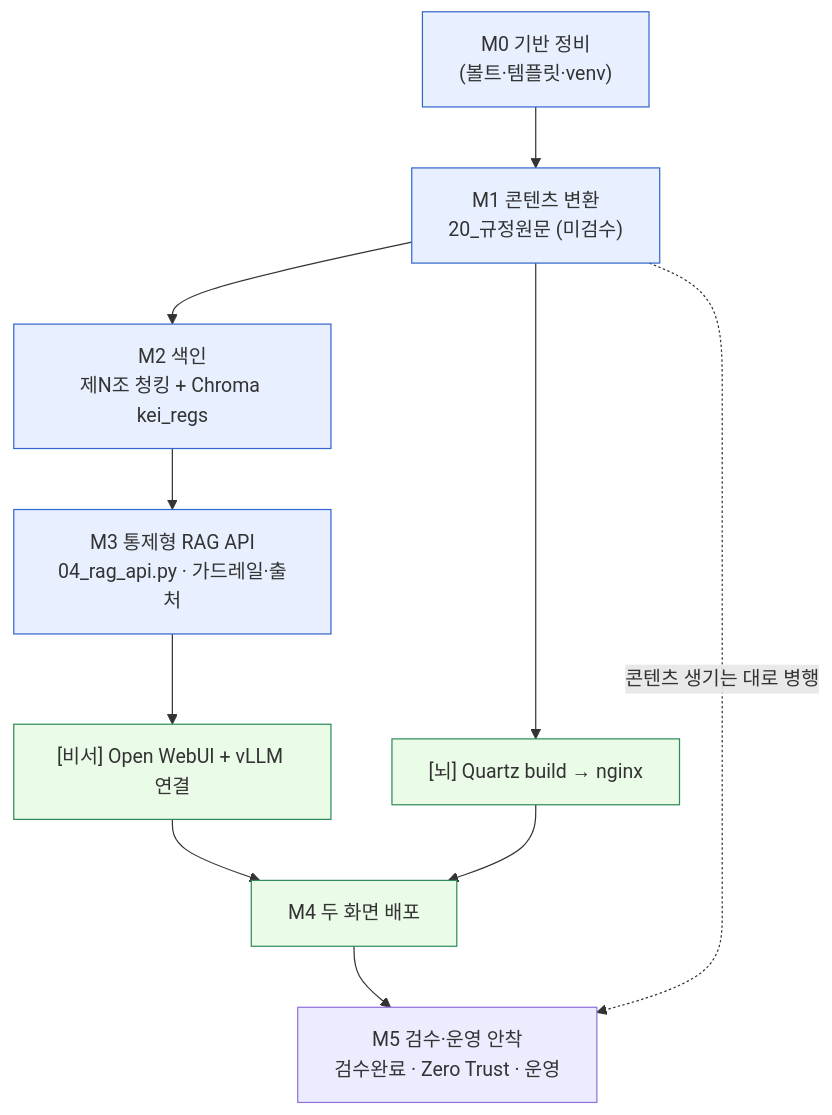
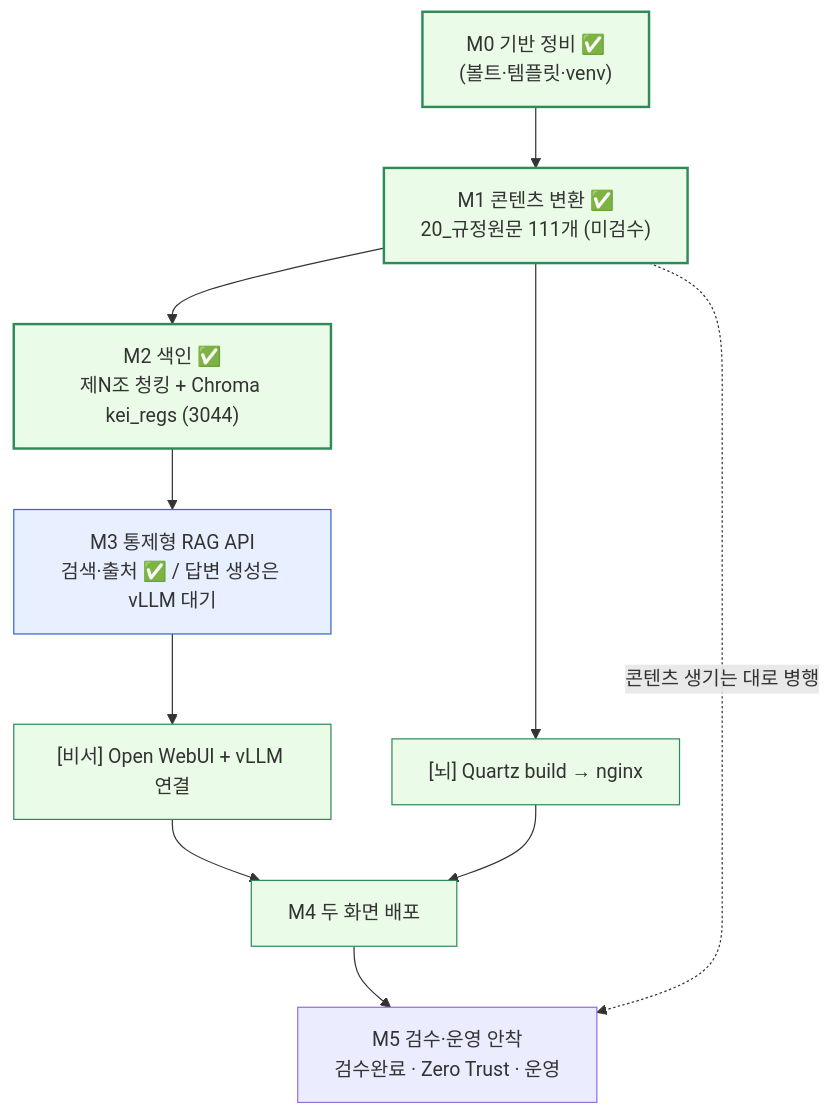
The second of 2 diagrams in docs/08-roadmap.md (mooner92/KEIAdminSuperv), drawn with Mermaid before and after one commit. The commit also changed other lines of this file and 9 other files, not shown here.

````diff
--- a/docs/08-roadmap.md
+++ b/docs/08-roadmap.md
@@ -80,22 +92,24 @@
 ```mermaid
 flowchart TD
-    M0["M0 기반 정비<br/>(볼트·템플릿·venv)"]
+    M0["M0 기반 정비 ✅<br/>(볼트·템플릿·venv)"]
 
-    M0 --> M1["M1 콘텐츠 변환<br/>20_규정원문 (미검수)"]
-    M1 --> M2["M2 색인<br/>제N조 청킹 + Chroma kei_regs"]
-    M2 --> M3["M3 통제형 RAG API<br/>04_rag_api.py · 가드레일·출처"]
+    M0 --> M1["M1 콘텐츠 변환 ✅<br/>20_규정원문 111개 (미검수)"]
+    M1 --> M2["M2 색인 ✅<br/>제N조 청킹 + Chroma kei_regs (3044)"]
+    M2 --> M3["M3 통제형 RAG API<br/>검색·출처 ✅ / 답변 생성은 vLLM 대기"]
 
     M1 --> M4b["[뇌] Quartz build → nginx"]
     M3 --> M4a["[비서] Open WebUI + vLLM 연결"]
 
     M4a --> M4["M4 두 화면 배포"]
     M4b --> M4
     M4 --> M5["M5 검수·운영 안착<br/>검수완료 · Zero Trust · 운영"]
 
     M1 -. "콘텐츠 생기는 대로 병행" .-> M5
 
     classDef core fill:#e8f0ff,stroke:#3366cc,stroke-width:1px;
     classDef screen fill:#eafbe7,stroke:#2e8b57,stroke-width:1px;
+    classDef done fill:#eafbe7,stroke:#2e8b57,stroke-width:2px;
     class M0,M1,M2,M3 core;
     class M4a,M4b,M4 screen;
+    class M0,M1,M2 done;
 ```
````
